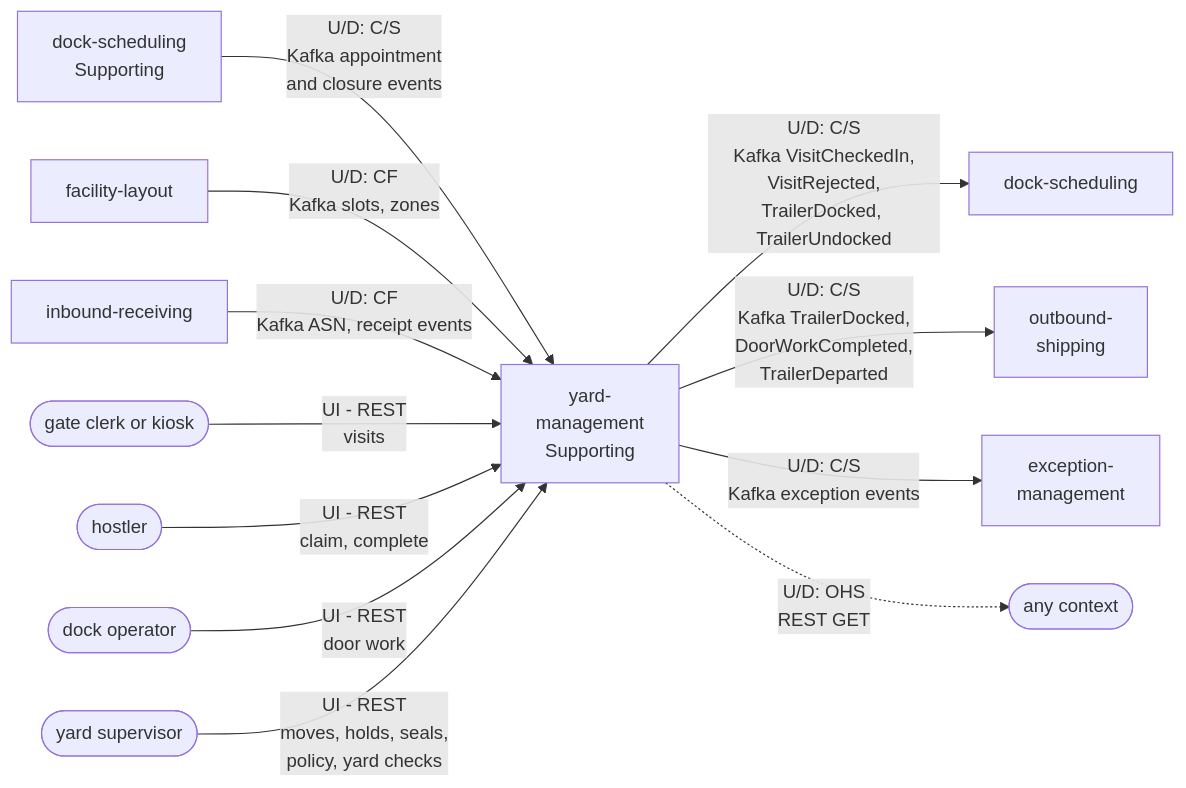
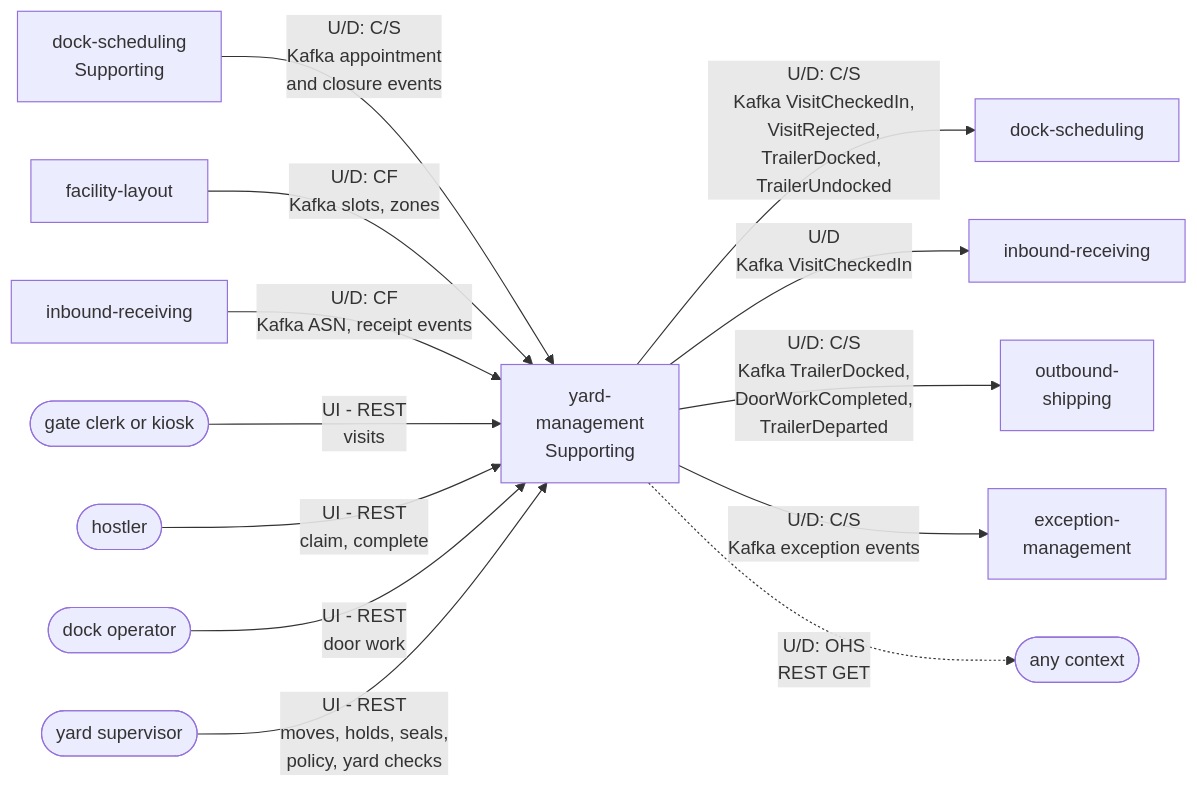
One commit to IQVO/yard-management changed the diagram in docs/docs/ddd/context-map.md. Above: the diagram before and after it, drawn with Mermaid. The commit also changed other lines of this file and 13 other files, not shown here.

````diff
--- a/docs/docs/ddd/context-map.md
+++ b/docs/docs/ddd/context-map.md
@@ -18,27 +18,29 @@
 ```mermaid
 flowchart LR
     DS1["dock-scheduling<br/>Supporting"]
     FL["facility-layout"]
     IR1["inbound-receiving"]
+    IR2["inbound-receiving"]
     GC(["gate clerk or kiosk"])
     HO(["hostler"])
     DO(["dock operator"])
     SU(["yard supervisor"])
     YM["yard-<br/>management<br/>Supporting"]
     DS2["dock-scheduling"]
     OS["outbound-<br/>shipping"]
     EM["exception-<br/>management"]
     ANY(["any context"])
 
     DS1 -->|"U/D: C/S<br/>Kafka appointment<br/>and closure events"| YM
     FL -->|"U/D: CF<br/>Kafka slots, zones"| YM
     IR1 -->|"U/D: CF<br/>Kafka ASN, receipt events"| YM
     GC -->|"UI - REST<br/>visits"| YM
     HO -->|"UI - REST<br/>claim, complete"| YM
     DO -->|"UI - REST<br/>door work"| YM
     SU -->|"UI - REST<br/>moves, holds, seals,<br/>policy, yard checks"| YM
     YM -->|"U/D: C/S<br/>Kafka VisitCheckedIn,<br/>VisitRejected,<br/>TrailerDocked, TrailerUndocked"| DS2
+    YM -->|"U/D<br/>Kafka VisitCheckedIn"| IR2
     YM -->|"U/D: C/S<br/>Kafka TrailerDocked,<br/>DoorWorkCompleted,<br/>TrailerDeparted"| OS
     YM -->|"U/D: C/S<br/>Kafka exception events"| EM
     YM -.->|"U/D: OHS<br/>REST GET"| ANY
 ```
````
